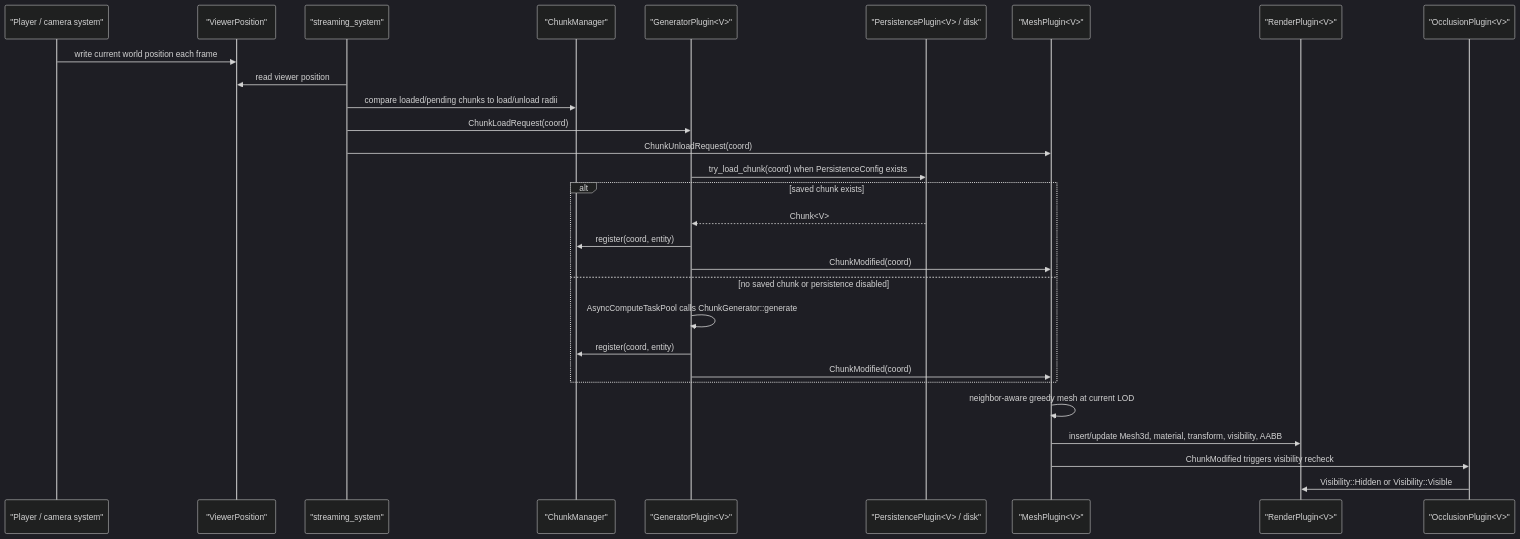
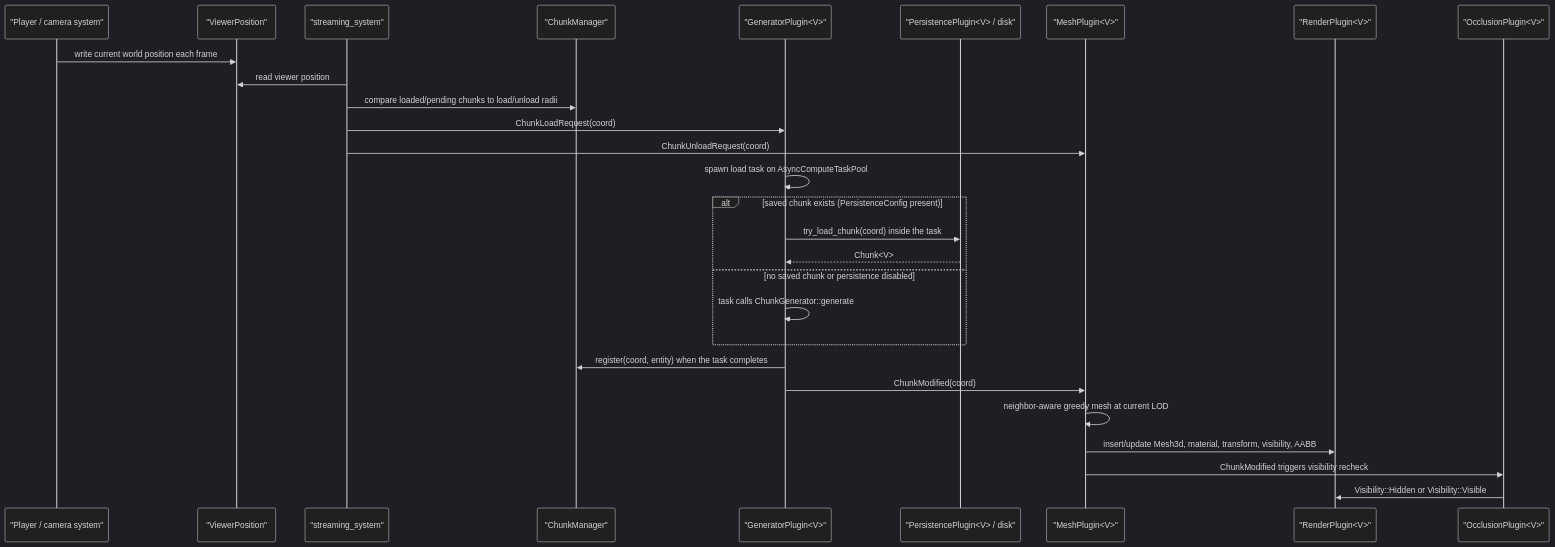
Before and after one commit to cristhofert/voxel-framework: the third of 5 diagrams in docs/architecture.md, drawn with Mermaid (dark theme). The commit also changed other lines of this file and 19 other files, not shown here.

First line of the commit message:
feat(persistence): save only modified chunks, restore off the main thread

````diff
--- a/docs/architecture.md
+++ b/docs/architecture.md
@@ -187,34 +187,33 @@
 ```mermaid
 sequenceDiagram
     participant Camera as "Player / camera system"
     participant Viewer as "ViewerPosition"
     participant Streaming as "streaming_system"
     participant Manager as "ChunkManager"
     participant Generator as "GeneratorPlugin<V>"
     participant Disk as "PersistencePlugin<V> / disk"
     participant Mesh as "MeshPlugin<V>"
     participant Render as "RenderPlugin<V>"
     participant Occlusion as "OcclusionPlugin<V>"
 
     Camera->>Viewer: write current world position each frame
     Streaming->>Viewer: read viewer position
     Streaming->>Manager: compare loaded/pending chunks to load/unload radii
     Streaming->>Generator: ChunkLoadRequest(coord)
     Streaming->>Mesh: ChunkUnloadRequest(coord)
 
-    Generator->>Disk: try_load_chunk(coord) when PersistenceConfig exists
-    alt saved chunk exists
+    Generator->>Generator: spawn load task on AsyncComputeTaskPool
+    alt saved chunk exists (PersistenceConfig present)
+        Generator->>Disk: try_load_chunk(coord) inside the task
         Disk-->>Generator: Chunk<V>
-        Generator->>Manager: register(coord, entity)
-        Generator->>Mesh: ChunkModified(coord)
     else no saved chunk or persistence disabled
-        Generator->>Generator: AsyncComputeTaskPool calls ChunkGenerator::generate
-        Generator->>Manager: register(coord, entity)
-        Generator->>Mesh: ChunkModified(coord)
+        Generator->>Generator: task calls ChunkGenerator::generate
     end
+    Generator->>Manager: register(coord, entity) when the task completes
+    Generator->>Mesh: ChunkModified(coord)
 
     Mesh->>Mesh: neighbor-aware greedy mesh at current LOD
     Mesh->>Render: insert/update Mesh3d, material, transform, visibility, AABB
     Mesh->>Occlusion: ChunkModified triggers visibility recheck
     Occlusion->>Render: Visibility::Hidden or Visibility::Visible
 ```
````
